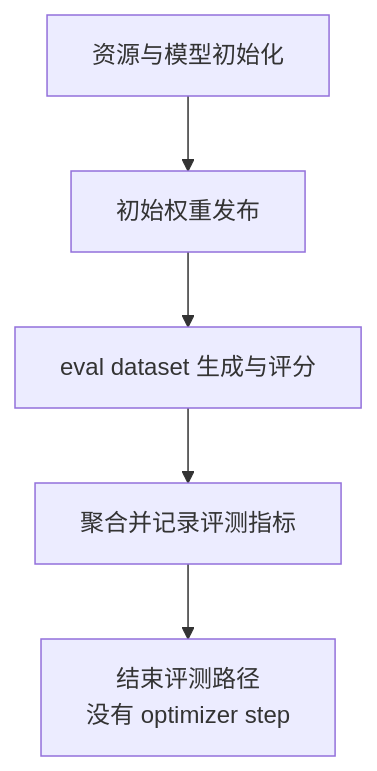
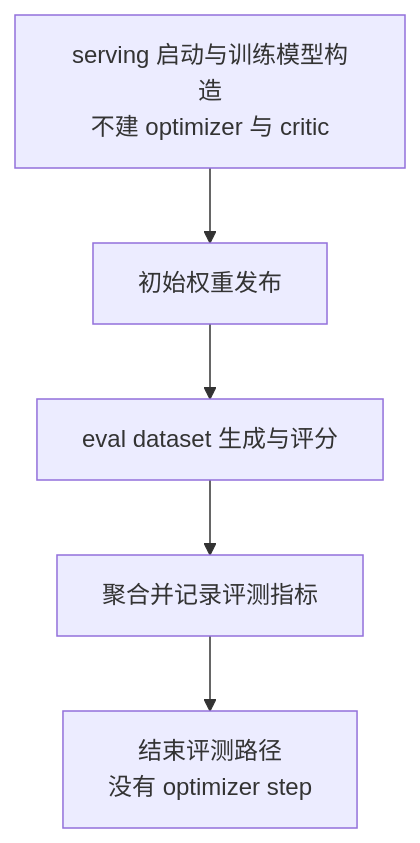
Diagram 11 of 11 in wiki/02_engineering/04_posttrain_frameworks/slime/01_slime_architecture_overview_analysis.md (suhaibo666/llm-knowledge), drawn with Mermaid before and after one commit. The commit also changed other lines of this file and 223 other files, not shown here.

````diff
--- a/wiki/02_engineering/04_posttrain_frameworks/slime/01_slime_architecture_overview_analysis.md
+++ b/wiki/02_engineering/04_posttrain_frameworks/slime/01_slime_architecture_overview_analysis.md
@@ -521,7 +667,7 @@
 ```mermaid
 flowchart TB
-    Init["资源与模型初始化"] --> Publish["初始权重发布"]
+    Init["serving 启动与训练模型构造<br/>不建 optimizer 与 critic"] --> Publish["初始权重发布"]
     Publish --> Eval["eval dataset 生成与评分"]
     Eval --> Metrics["聚合并记录评测指标"]
     Metrics --> Exit["结束评测路径<br/>没有 optimizer step"]
 ```
````
